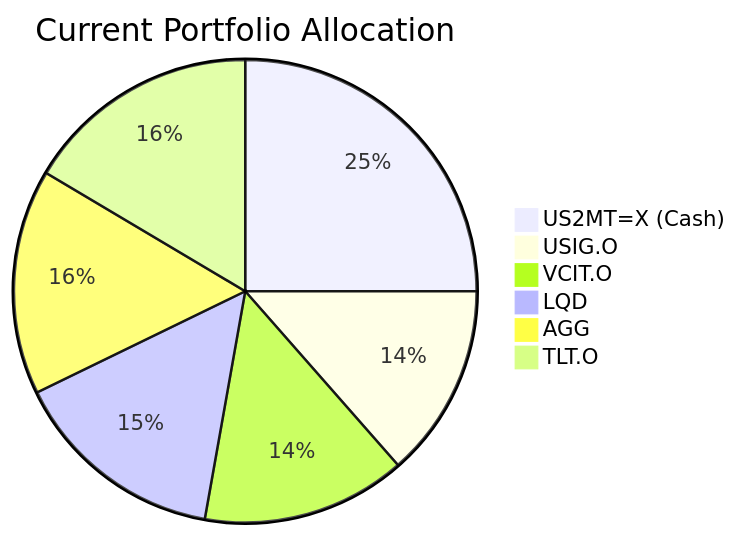
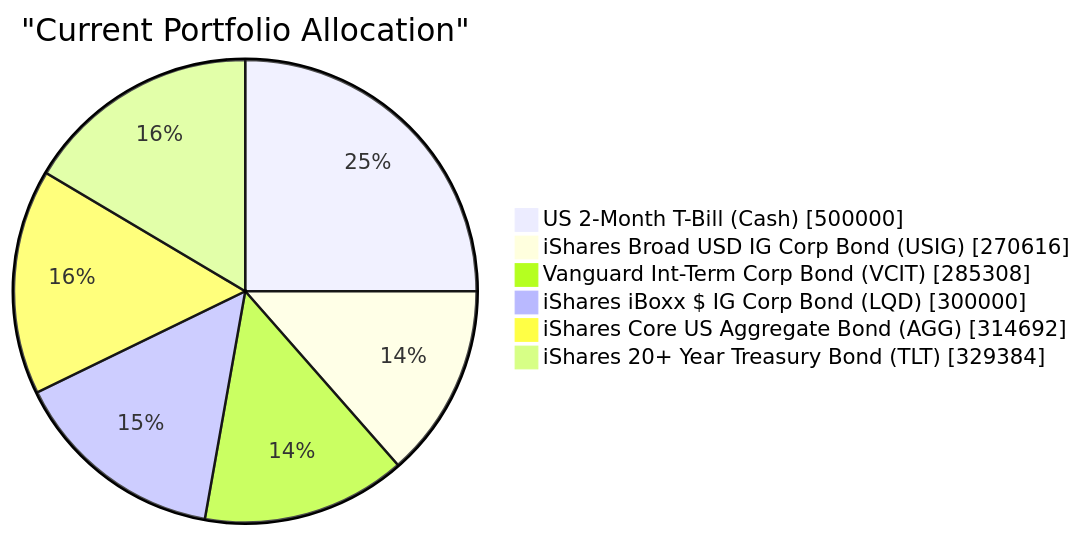
One commit to roger249/Bot-collaboration changed the first of 2 diagrams in docs/sample outputs/client_product_fit_analysis_13.md. Above: the diagram before and after it, drawn with Mermaid. The commit also changed other lines of this file and 16 other files, not shown here.

````diff
--- a/docs/sample outputs/client_product_fit_analysis_13.md
+++ b/docs/sample outputs/client_product_fit_analysis_13.md
@@ -35,9 +52,10 @@
 ```mermaid
-pie title Current Portfolio Allocation
-    "US2MT=X (Cash)" : 25
-    "USIG.O" : 13.53
-    "VCIT.O" : 14.27
-    "LQD" : 15
-    "AGG" : 15.73
-    "TLT.O" : 16.47
+pie showData
+title "Current Portfolio Allocation"
+"US 2-Month T-Bill (Cash)" : 500000
+"iShares Broad USD IG Corp Bond (USIG)" : 270616
+"Vanguard Int-Term Corp Bond (VCIT)" : 285308
+"iShares iBoxx $ IG Corp Bond (LQD)" : 300000
+"iShares Core US Aggregate Bond (AGG)" : 314692
+"iShares 20+ Year Treasury Bond (TLT)" : 329384
 ```
````
